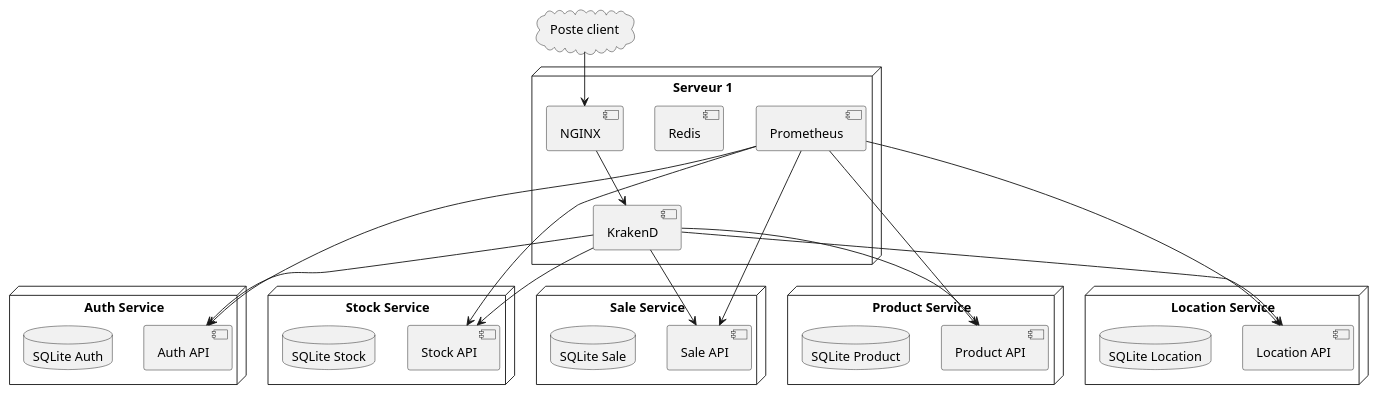
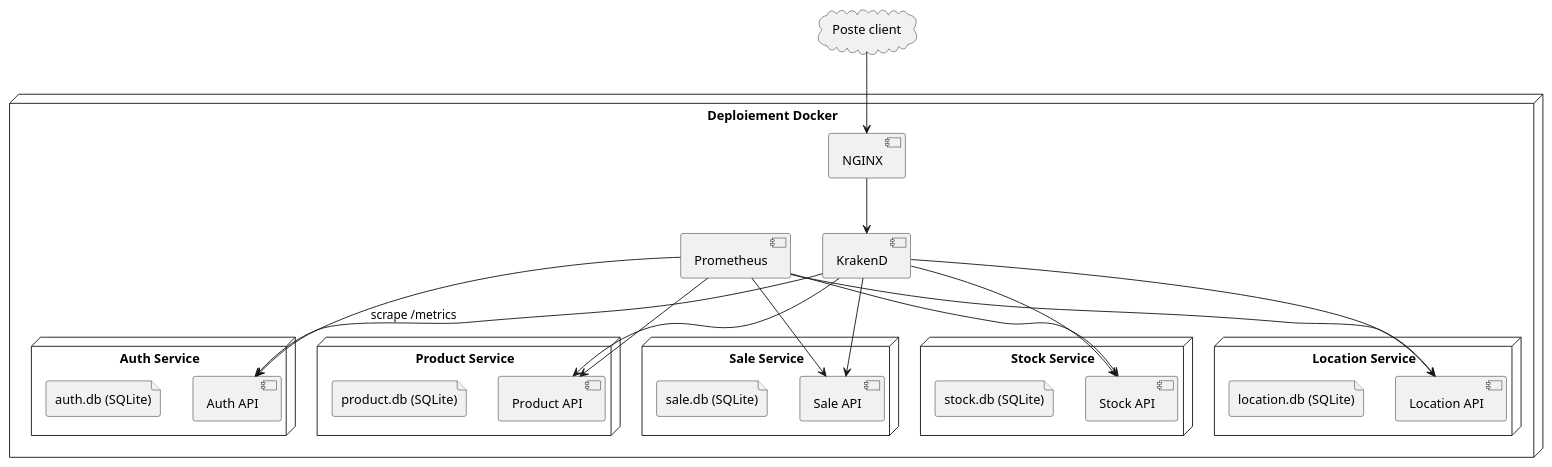
One commit to LawrenceLiang02/LOG430_ETAPE1 changed the diagram in docs/UML/lab5/vuedeploiement.puml. Above: the diagram before and after it, drawn with PlantUML. The commit also changed 6 other files, not shown here.

```diff
--- a/docs/UML/lab5/vuedeploiement.puml
+++ b/docs/UML/lab5/vuedeploiement.puml
@@ -1,48 +1,49 @@
 @startuml depl
-node "Serveur 1" {
+node "Deploiement Docker" {
     [NGINX]
     [KrakenD]
-    [Redis]
     [Prometheus]
+
+    node "Auth Service" {
+        [Auth API]
+        file "auth.db (SQLite)"
+    }
+
+    node "Stock Service" {
+        [Stock API]
+        file "stock.db (SQLite)"
+    }
+
+    node "Sale Service" {
+        [Sale API]
+        file "sale.db (SQLite)"
+    }
+
+    node "Product Service" {
+        [Product API]
+        file "product.db (SQLite)"
+    }
+
+    node "Location Service" {
+        [Location API]
+        file "location.db (SQLite)"
+    }
 }
 
-cloud "Poste client"
+cloud "Poste client" as Client
 
-node "Auth Service" {
-    [Auth API]
-    database "SQLite Auth"
-}
+Client --> [NGINX]
+[NGINX] --> [KrakenD]
 
-node "Stock Service" {
-    [Stock API]
-    database "SQLite Stock"
-}
-
-node "Sale Service" {
-    [Sale API]
-    database "SQLite Sale"
-}
-
-node "Product Service" {
-    [Product API]
-    database "SQLite Product"
-}
-
-node "Location Service" {
-    [Location API]
-    database "SQLite Location"
-}
-
-"Poste client" --> [NGINX]
-[NGINX] --> [KrakenD]
 [KrakenD] --> [Auth API]
 [KrakenD] --> [Stock API]
 [KrakenD] --> [Sale API]
 [KrakenD] --> [Product API]
 [KrakenD] --> [Location API]
-[Prometheus] --> [Auth API]
+
+[Prometheus] --> [Auth API] : scrape /metrics
 [Prometheus] --> [Stock API]
 [Prometheus] --> [Sale API]
 [Prometheus] --> [Product API]
 [Prometheus] --> [Location API]
 @enduml
```
